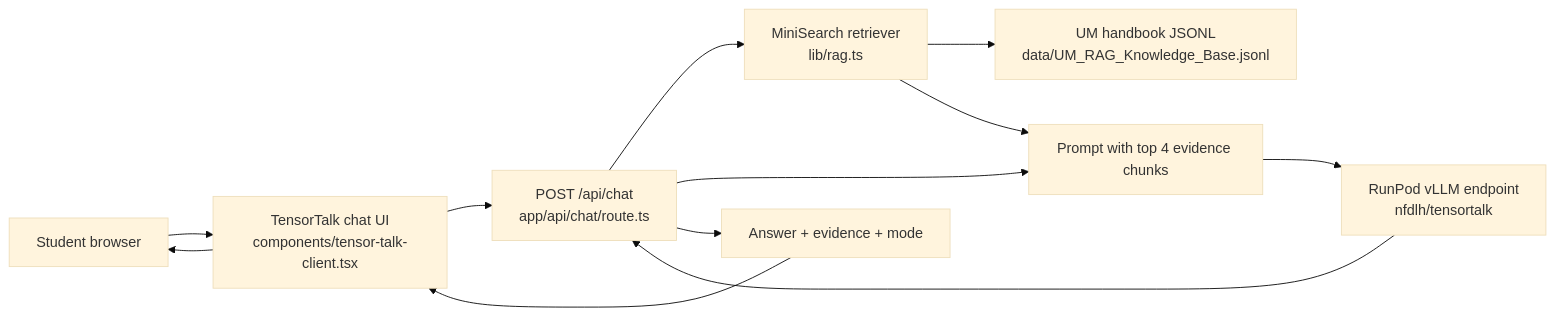
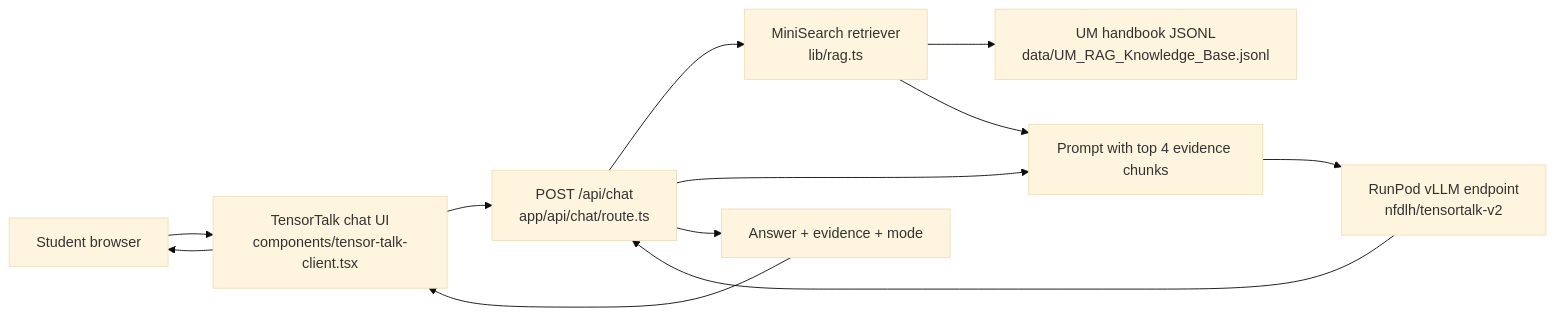
The diagram in README.md (nfdlh/tensor-talk), drawn with Mermaid (base theme) before and after one commit. The commit also changed other lines of this file and 9 other files, not shown here.

````diff
--- a/README.md
+++ b/README.md
@@ -16,18 +16,18 @@
 ```mermaid
 flowchart LR
   User["Student browser"]
   UI["TensorTalk chat UI<br/>components/tensor-talk-client.tsx"]
   API["POST /api/chat<br/>app/api/chat/route.ts"]
   RAG["MiniSearch retriever<br/>lib/rag.ts"]
   KB["UM handbook JSONL<br/>data/UM_RAG_Knowledge_Base.jsonl"]
   Prompt["Prompt with top 4 evidence chunks"]
-  Model["RunPod vLLM endpoint<br/>nfdlh/tensortalk"]
+  Model["RunPod vLLM endpoint<br/>nfdlh/tensortalk-v2"]
   Response["Answer + evidence + mode"]
 
   User --> UI --> API
   API --> RAG
   RAG --> KB
   RAG --> Prompt
   API --> Prompt --> Model --> API
   API --> Response --> UI --> User
 ```
````
